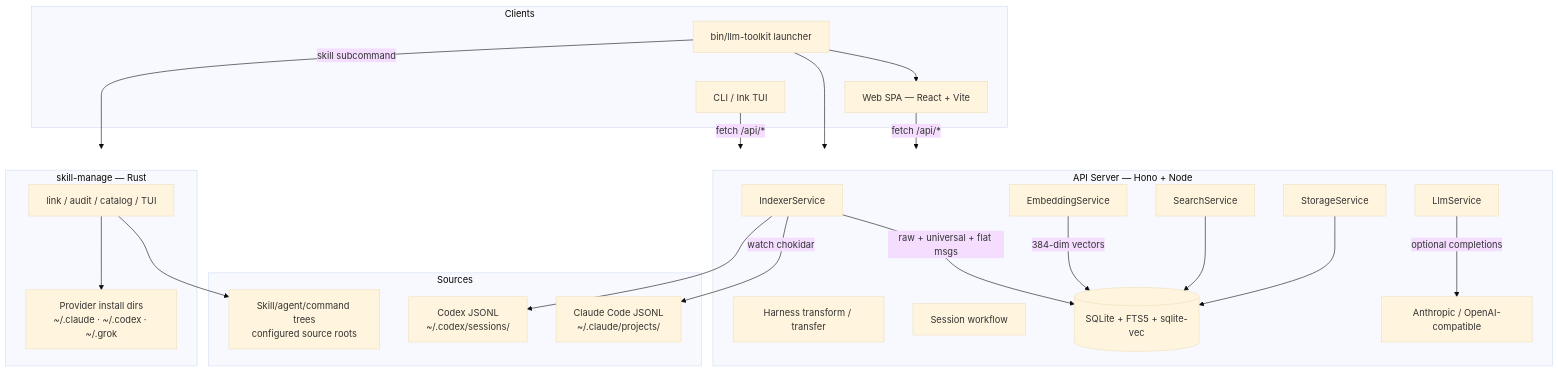
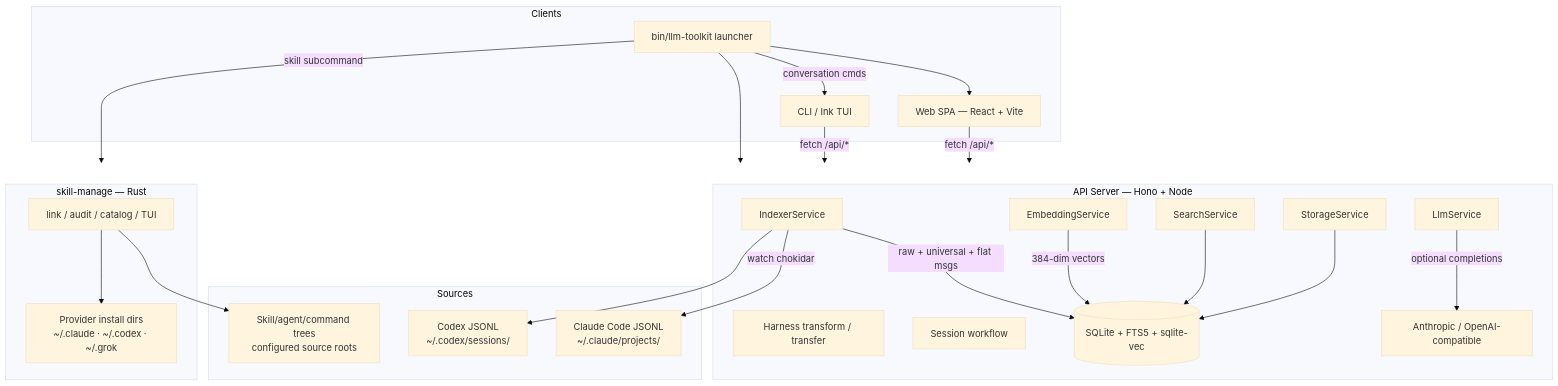
The diagram in docs/PROJ-ARCH.md (the-robot-lives/llm-toolkit), drawn with Mermaid (base theme) before and after one commit. The commit also changed other lines of this file and 1 other file, not shown here.

````diff
--- a/docs/PROJ-ARCH.md
+++ b/docs/PROJ-ARCH.md
@@ -13,43 +13,44 @@
 ```mermaid
 graph TB
     subgraph Sources
         CC["Claude Code JSONL<br/>~/.claude/projects/"]
         CX["Codex JSONL<br/>~/.codex/sessions/"]
         SK["Skill/agent/command trees<br/>configured source roots"]
     end
 
     subgraph API["API Server — Hono + Node"]
         IDX[IndexerService]
         EMB[EmbeddingService]
         SRH[SearchService]
         STO[StorageService]
         LLM[LlmService]
         XFR[Harness transform / transfer]
         SESS[Session workflow]
         IDX -->|raw + universal + flat msgs| DB[(SQLite + FTS5 + sqlite-vec)]
         EMB -->|384-dim vectors| DB
         SRH --> DB
         STO --> DB
         LLM -->|optional completions| EXT["Anthropic / OpenAI-compatible"]
         IDX -->|watch chokidar| CC
         IDX --> CX
     end
 
     subgraph Clients
         WEB["Web SPA — React + Vite"]
         CLI["CLI / Ink TUI"]
         BIN["bin/llm-toolkit launcher"]
     end
 
     subgraph SkillManage["skill-manage — Rust"]
         SM[link / audit / catalog / TUI]
         SM --> SK
         SM --> DEST["Provider install dirs<br/>~/.claude · ~/.codex · ~/.grok"]
     end
 
     WEB -->|fetch /api/*| API
     CLI -->|fetch /api/*| API
     BIN --> WEB
     BIN --> API
     BIN -->|skill subcommand| SkillManage
+    BIN -->|conversation cmds| CLI
 ```
````
